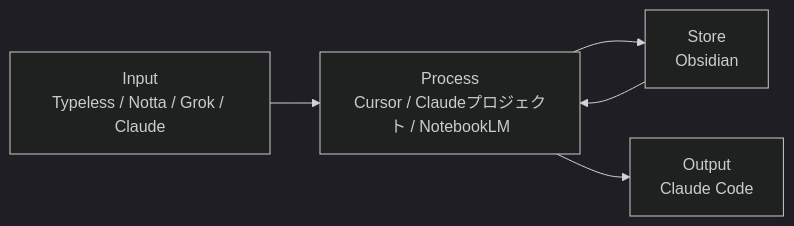
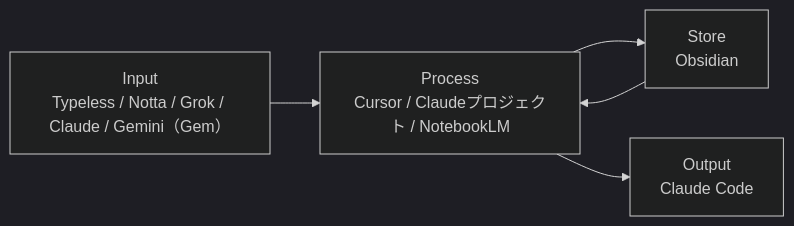
One commit to naoyakousakabiz/ObsidianVault changed the first of 2 diagrams in 11_AI/01_tools-ops/01_AI活用整理.md. Above: the diagram before and after it, drawn with Mermaid (dark theme). The commit also changed other lines of this file, not shown here.

````diff
--- a/11_AI/01_tools-ops/01_AI活用整理.md
+++ b/11_AI/01_tools-ops/01_AI活用整理.md
@@ -18,7 +18,7 @@
 ```mermaid
 flowchart LR
-  A[Input<br/>Typeless / Notta / Grok / Claude] --> B[Process<br/>Cursor / Claudeプロジェクト / NotebookLM]
+  A[Input<br/>Typeless / Notta / Grok / Claude / Gemini（Gem）] --> B[Process<br/>Cursor / Claudeプロジェクト / NotebookLM]
   B --> C[Store<br/>Obsidian]
   B --> D[Output<br/>Claude Code]
   C --> B
 ```
````
